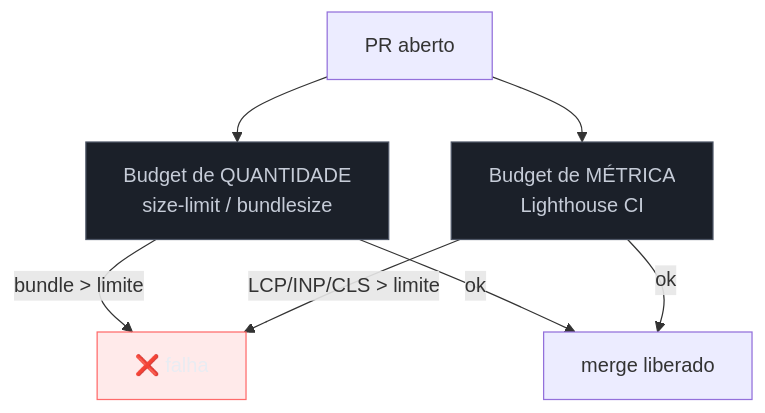
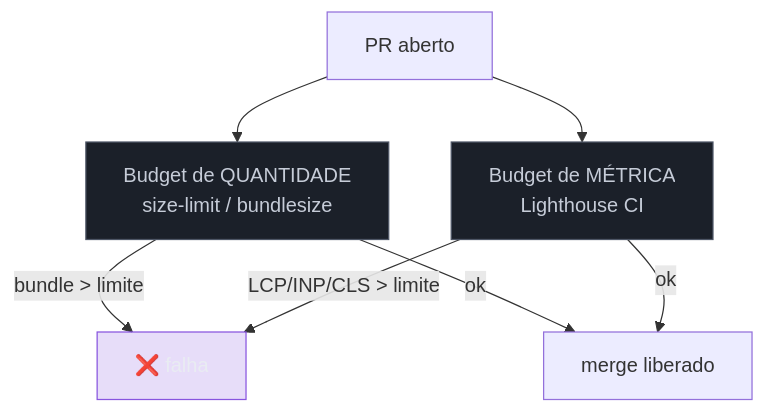
Before and after one commit to josenaldo/codex-technomanticus: the diagram in 03-Dominios/Tecnologia/Web Performance/Performance em Produção/02 - Budgets no pipeline.md, drawn with Mermaid. The commit also changed 601 other files, not shown here.

````diff
--- a/03-Dominios/Tecnologia/Web Performance/Performance em Produção/02 - Budgets no pipeline.md
+++ b/03-Dominios/Tecnologia/Web Performance/Performance em Produção/02 - Budgets no pipeline.md
@@ -29,14 +29,14 @@
 ```mermaid
 graph TB
+    classDef marca fill:#8855DF33,stroke:#8855DF,color:#E9ECF2
     classDef neutro fill:#1B2029,stroke:#4E5666,color:#C6CCD8
-    classDef falha fill:#FF6B6B24,stroke:#FF6B6B,color:#E9ECF2
     A[PR aberto] --> B["Budget de QUANTIDADE<br/>size-limit / bundlesize"]
     A --> C["Budget de MÉTRICA<br/>Lighthouse CI"]
     B -->|bundle > limite| D[❌ falha]
     C -->|LCP/INP/CLS > limite| D
     B -->|ok| E[merge liberado]
     C -->|ok| E
     class B neutro
     class C neutro
-    class D falha
+    class D marca
 ```
````
